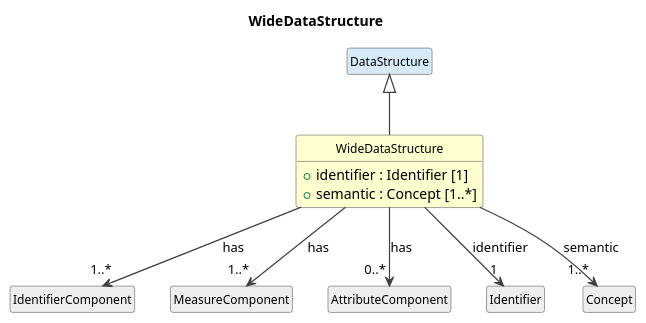
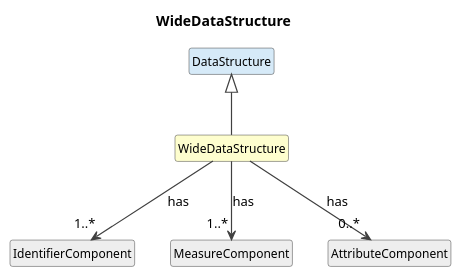
Before and after one commit to Cross-Domain-Interoperability-Framework/metadataBuildingBlocks: the diagram in cdif-uml-model/_plantuml/cdifDataStructure/Classes/WideDataStructure.pu, drawn with PlantUML. The commit also changed 137 other files, not shown here.

First line of the commit message:
Regenerate UML model browser: simplified child diagrams + model edits

```diff
--- a/cdif-uml-model/_plantuml/cdifDataStructure/Classes/WideDataStructure.pu
+++ b/cdif-uml-model/_plantuml/cdifDataStructure/Classes/WideDataStructure.pu
@@ -1,30 +1,23 @@
 @startuml
 title WideDataStructure
 hide circle
 hide empty members
 skinparam shadowing false
 skinparam ArrowThickness 1.2
 skinparam class {
   ArrowColor #404040
   BorderColor #404040
   FontSize 12
 }
 
-class "WideDataStructure" as WideDataStructure #FEFECE {
-  +identifier : Identifier [1]
-  +semantic : Concept [1..*]
-}
+class "WideDataStructure" as WideDataStructure #FEFECE
 class "DataStructure" as DataStructure #D6EAF8
 DataStructure <|-- WideDataStructure
 class "IdentifierComponent" as IdentifierComponent #EEEEEE
 WideDataStructure --> "1..*" IdentifierComponent : has
 class "MeasureComponent" as MeasureComponent #EEEEEE
 WideDataStructure --> "1..*" MeasureComponent : has
 class "AttributeComponent" as AttributeComponent #EEEEEE
 WideDataStructure --> "0..*" AttributeComponent : has
-class "Identifier" as Identifier #EEEEEE
-WideDataStructure --> "1" Identifier : identifier
-class "Concept" as Concept #EEEEEE
-WideDataStructure --> "1..*" Concept : semantic
 
 @enduml
```
